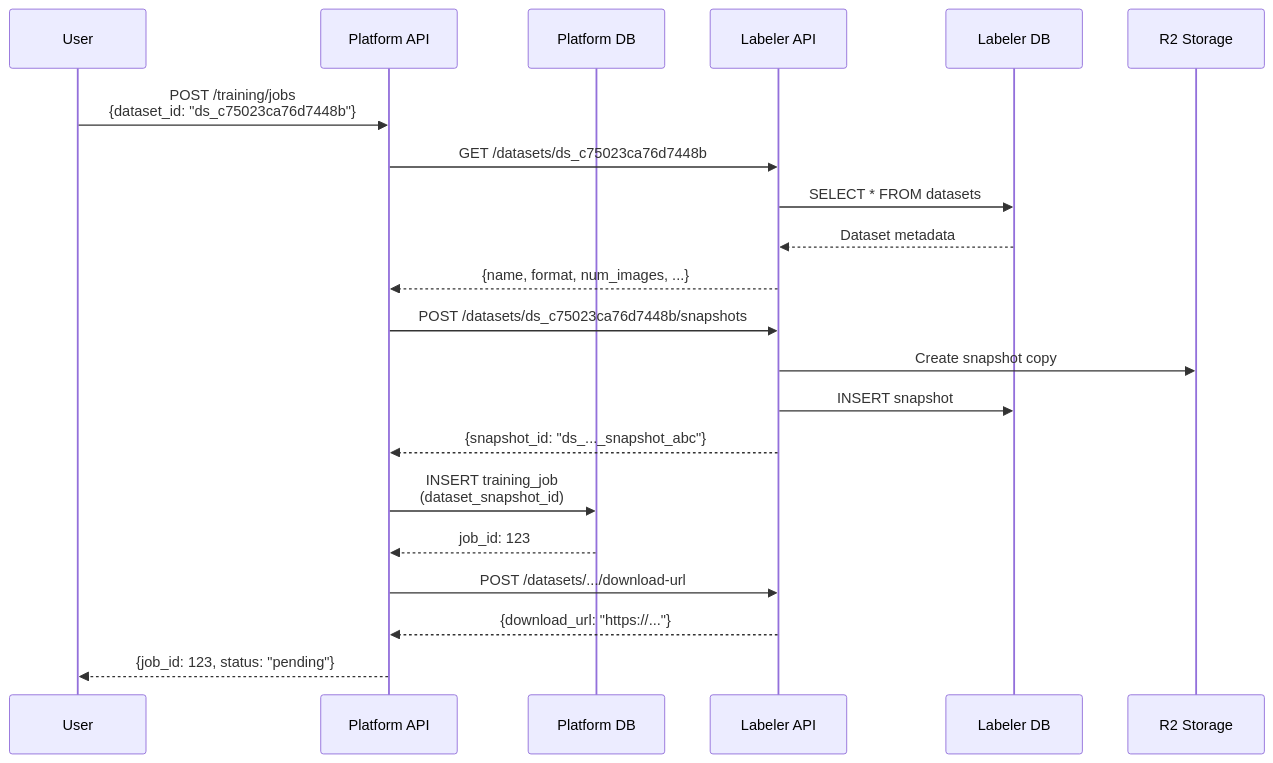
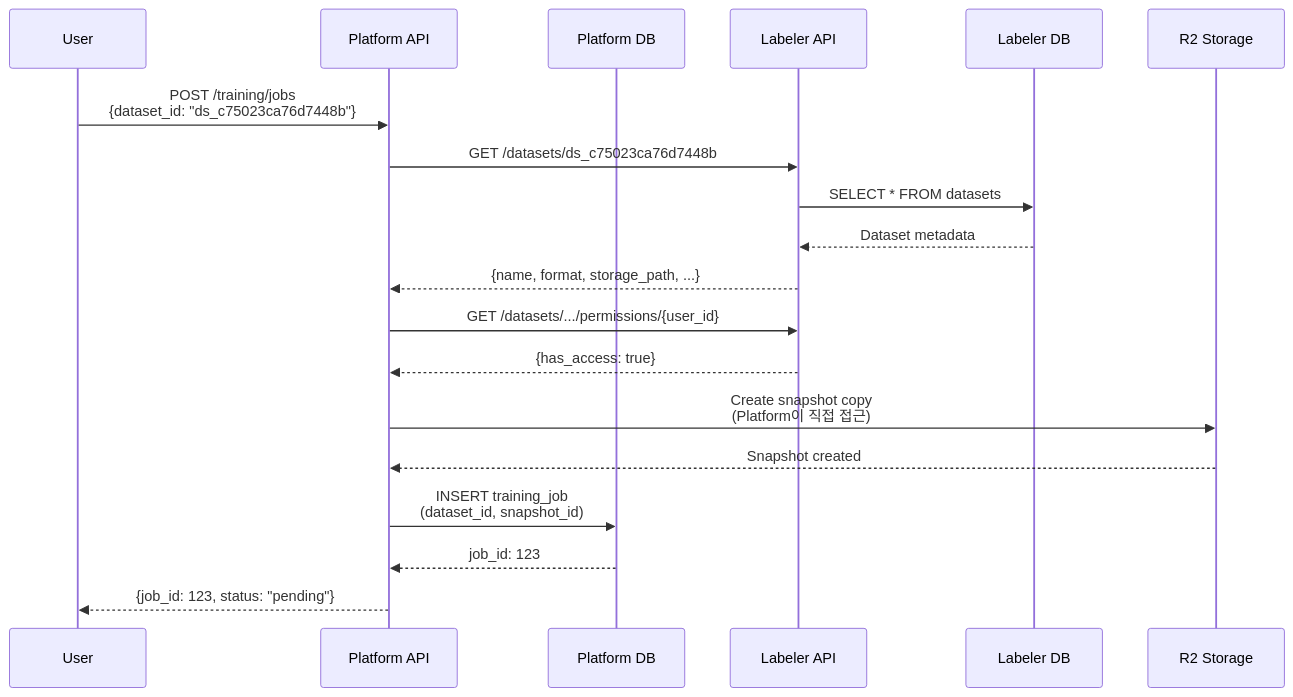
The diagram in docs/integration/LABELER_DATASET_API_REQUIREMENTS.md (flytothejy/mvp-vision-ai-platform), drawn with Mermaid before and after one commit. The commit also changed other lines of this file and 2 other files, not shown here.

First line of the commit message:
refactor(docs): move snapshot management from Labeler to Platform

````diff
--- a/docs/integration/LABELER_DATASET_API_REQUIREMENTS.md
+++ b/docs/integration/LABELER_DATASET_API_REQUIREMENTS.md
@@ -463,29 +382,27 @@
 ```mermaid
 sequenceDiagram
     participant User
     participant Platform API
     participant Platform DB
     participant Labeler API
     participant Labeler DB
     participant R2 Storage
 
     User->>Platform API: POST /training/jobs<br/>{dataset_id: "ds_c75023ca76d7448b"}
 
     Platform API->>Labeler API: GET /datasets/ds_c75023ca76d7448b
     Labeler API->>Labeler DB: SELECT * FROM datasets
     Labeler DB-->>Labeler API: Dataset metadata
-    Labeler API-->>Platform API: {name, format, num_images, ...}
+    Labeler API-->>Platform API: {name, format, storage_path, ...}
 
-    Platform API->>Labeler API: POST /datasets/ds_c75023ca76d7448b/snapshots
-    Labeler API->>R2 Storage: Create snapshot copy
-    Labeler API->>Labeler DB: INSERT snapshot
-    Labeler API-->>Platform API: {snapshot_id: "ds_..._snapshot_abc"}
+    Platform API->>Labeler API: GET /datasets/.../permissions/{user_id}
+    Labeler API-->>Platform API: {has_access: true}
 
-    Platform API->>Platform DB: INSERT training_job<br/>(dataset_snapshot_id)
+    Platform API->>R2 Storage: Create snapshot copy<br/>(Platform이 직접 접근)
+    R2 Storage-->>Platform API: Snapshot created
+
+    Platform API->>Platform DB: INSERT training_job<br/>(dataset_id, snapshot_id)
     Platform DB-->>Platform API: job_id: 123
-
-    Platform API->>Labeler API: POST /datasets/.../download-url
-    Labeler API-->>Platform API: {download_url: "https://..."}
 
     Platform API-->>User: {job_id: 123, status: "pending"}
 ```
````
